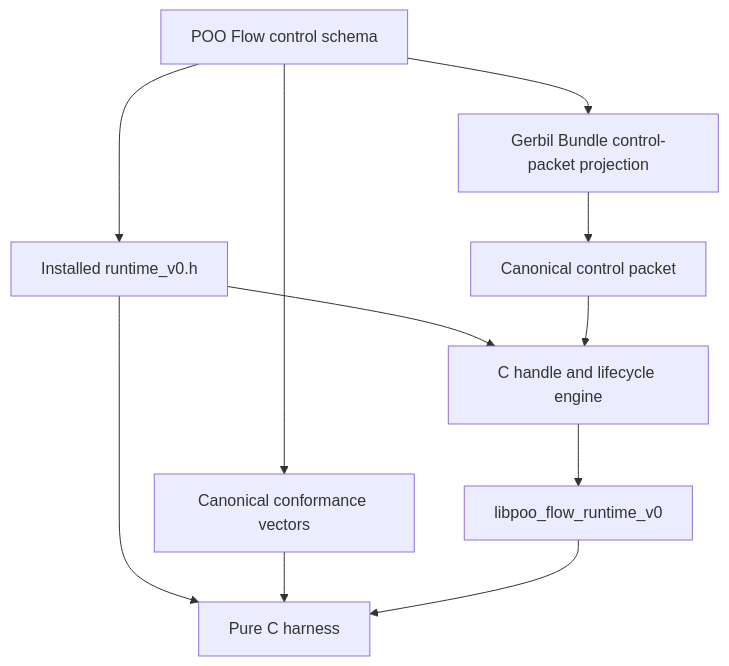
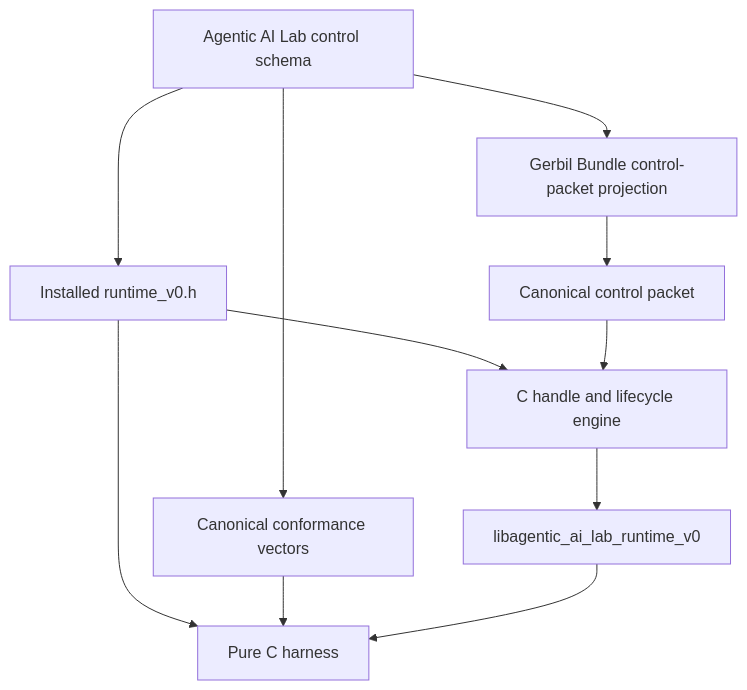
One commit to tao3k/gebril-yuanxu changed the first of 2 diagrams in module-system/design/113-agentic-control-plane-ac05-runtime-v0-control-lane-design.org. Above: the diagram before and after it, drawn with Mermaid. The commit also changed other lines of this file and 507 other files, not shown here.

```diff
--- a/module-system/design/113-agentic-control-plane-ac05-runtime-v0-control-lane-design.org
+++ b/module-system/design/113-agentic-control-plane-ac05-runtime-v0-control-lane-design.org
@@ -51,13 +51,13 @@
 #+begin_src mermaid
 flowchart TD
-  Schema["POO Flow control schema"] --> Header["Installed runtime_v0.h"]
+  Schema["Agentic AI Lab control schema"] --> Header["Installed runtime_v0.h"]
   Schema --> Projection["Gerbil Bundle control-packet projection"]
   Schema --> Vectors["Canonical conformance vectors"]
   Header --> Engine["C handle and lifecycle engine"]
   Projection --> Packet["Canonical control packet"]
   Packet --> Engine
   Header --> Harness["Pure C harness"]
   Vectors --> Harness
-  Engine --> Library["libpoo_flow_runtime_v0"]
+  Engine --> Library["libagentic_ai_lab_runtime_v0"]
   Library --> Harness
 #+end_src
```
